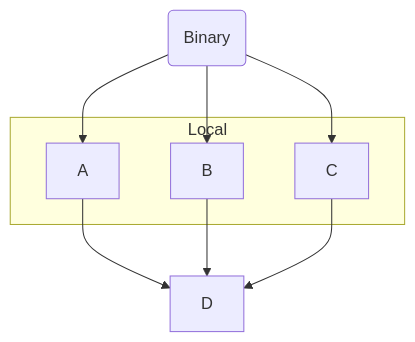
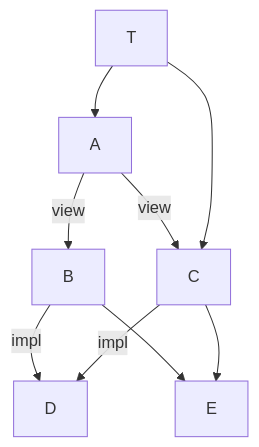
Before and after one commit to rust-lang/rfcs: the eighth of 11 diagrams in text/0000-extern-impl.md, drawn with Mermaid. The commit also changed other lines of this file, not shown here.

````diff
--- a/text/0000-extern-impl.md
+++ b/text/0000-extern-impl.md
@@ -203,7 +270,6 @@
 ```mermaid
 graph TB
-  Bin(Binary) --> A & B & C --> D
-  subgraph Local
-  A & B & C
-  end
+  T --> A -->|view| B & C -->|impl| D
+  B & C --> E
+  T --> C
 ```
````
